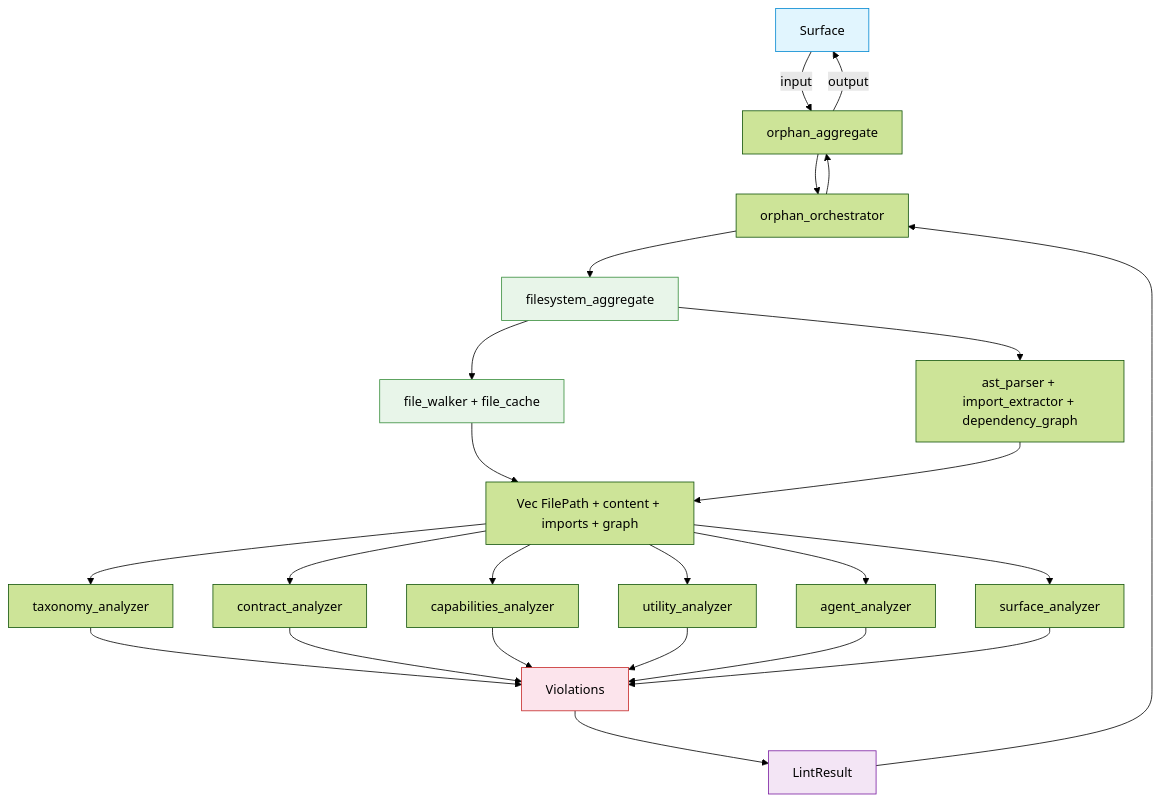
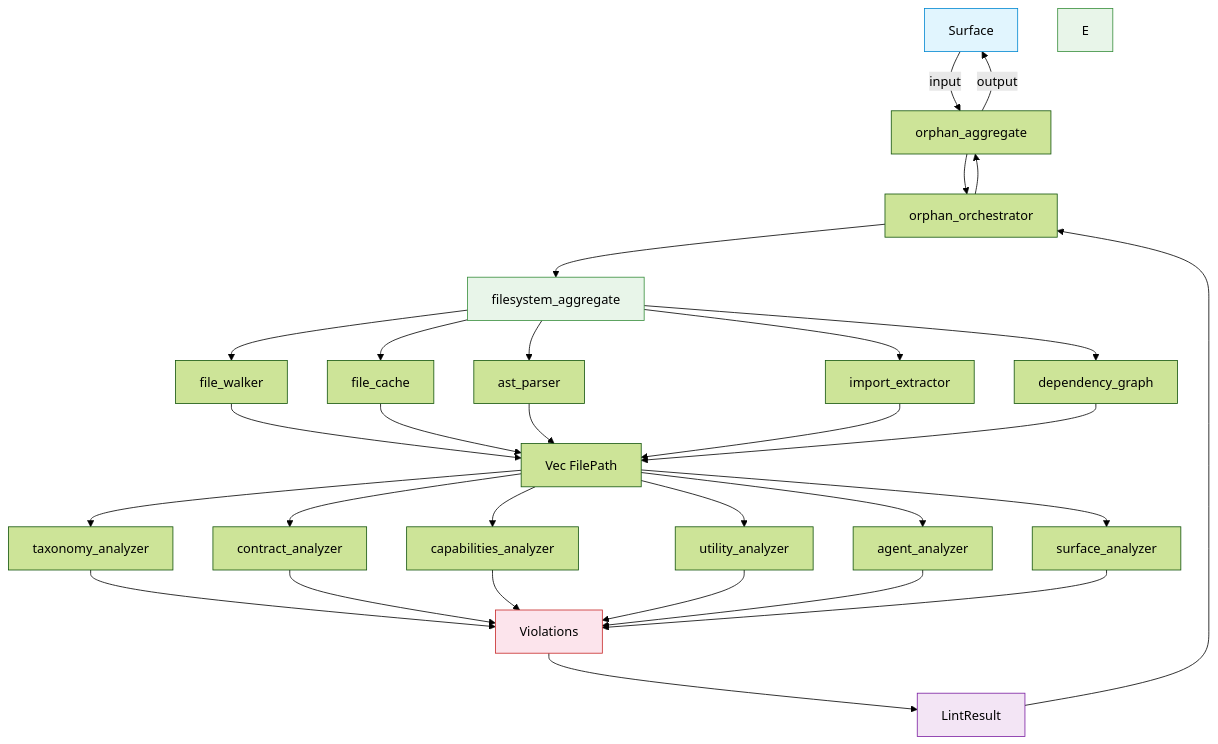
Before and after one commit to rakaarwaky/lint-arwaky: the diagram in crates/orphan-detector/FRD.md, drawn with Mermaid (forest theme). The commit also changed 3 other files, not shown here.

First line of the commit message:
docs: mermaid nodes — each capability as separate node

````diff
--- a/crates/orphan-detector/FRD.md
+++ b/crates/orphan-detector/FRD.md
@@ -9,32 +9,38 @@
 ```mermaid
 flowchart TD
     A["Surface"] -->|input| B["orphan_aggregate"]
     B --> C["orphan_orchestrator"]
     C --> D["filesystem_aggregate"]
-    D --> E["file_walker + file_cache"]
-    D --> F["ast_parser + import_extractor + dependency_graph"]
-    E --> G["Vec FilePath + content + imports + graph"]
-    F --> G
+    D --> E1["file_walker"]
+    D --> E2["file_cache"]
+    D --> F1["ast_parser"]
+    D --> F2["import_extractor"]
+    D --> F3["dependency_graph"]
+    E1 --> G["Vec FilePath"]
+    E2 --> G
+    F1 --> G
+    F2 --> G
+    F3 --> G
     G --> H1["taxonomy_analyzer"]
     G --> H2["contract_analyzer"]
     G --> H3["capabilities_analyzer"]
     G --> H4["utility_analyzer"]
     G --> H5["agent_analyzer"]
     G --> H6["surface_analyzer"]
     H1 --> I["Violations"]
     H2 --> I
     H3 --> I
     H4 --> I
     H5 --> I
     H6 --> I
     I --> J["LintResult"]
     J --> C
     C --> B
     B -->|output| A
 
     style A fill:#e1f5fe,stroke:#0288d1
     style D fill:#e8f5e9,stroke:#388e3c
     style E fill:#e8f5e9,stroke:#388e3c
     style I fill:#fce4ec,stroke:#c62828
     style J fill:#f3e5f5,stroke:#7b1fa2
 ```
````
